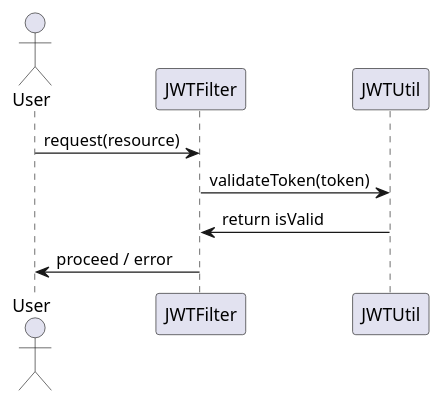
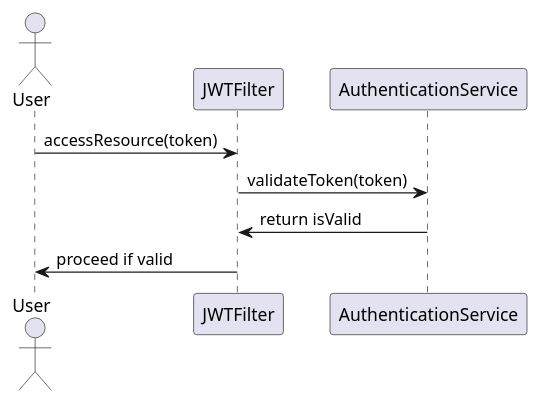
One commit to Dinesh-s95/AutoDoc.ai changed the third of 4 diagrams in enrollment/documentation/detaileddesign.adoc. Above: the diagram before and after it, drawn with PlantUML. The commit also changed other lines of this file and 15 other files, not shown here.

```diff
--- a/enrollment/documentation/detaileddesign.adoc
+++ b/enrollment/documentation/detaileddesign.adoc
@@ -204,13 +219,13 @@
-[plantuml, jwt-validation-sequence, png]
+[plantuml, jwt-validation-flow, png]
 ----
 @startuml
 actor "User" as user
 participant "JWTFilter" as jwtFilter
-participant "JWTUtil" as jwtUtil
+participant "AuthenticationService" as authService
 
-user -> jwtFilter : request(resource)
-jwtFilter -> jwtUtil : validateToken(token)
-jwtUtil -> jwtFilter : return isValid
-jwtFilter -> user : proceed / error
+user -> jwtFilter : accessResource(token)
+jwtFilter -> authService : validateToken(token)
+authService -> jwtFilter : return isValid
+jwtFilter -> user : proceed if valid
 @enduml
 ----
```
